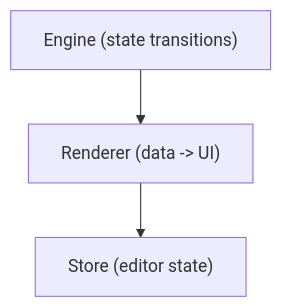
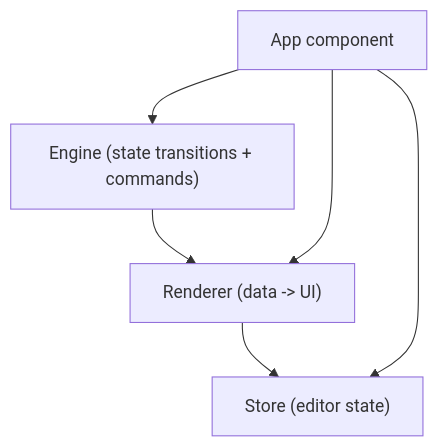
Before and after one commit to Anna0314zy/ai_editor_enginer: the sixth of 8 diagrams in .qoder/repowiki/en/content/Build and Development.md, drawn with Mermaid. The commit also changed other lines of this file and 41 other files, not shown here.

````diff
--- a/.qoder/repowiki/en/content/Build and Development.md
+++ b/.qoder/repowiki/en/content/Build and Development.md
@@ -306,5 +249,8 @@
 ```mermaid
 graph TB
-Engine["Engine (state transitions)"] --> Renderer["Renderer (data -> UI)"]
+Engine["Engine (state transitions + commands)"] --> Renderer["Renderer (data -> UI)"]
 Renderer --> Store["Store (editor state)"]
+App["App component"] --> Engine
+App --> Renderer
+App --> Store
 ```
````
